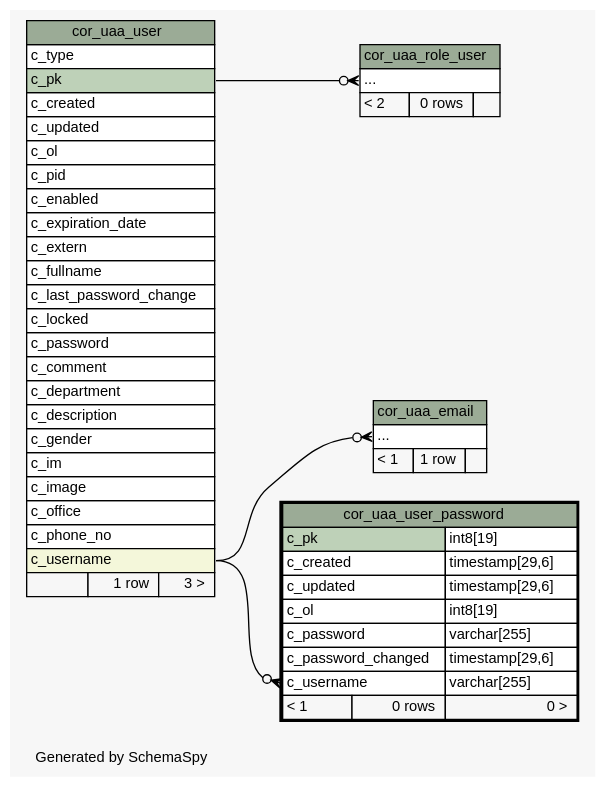
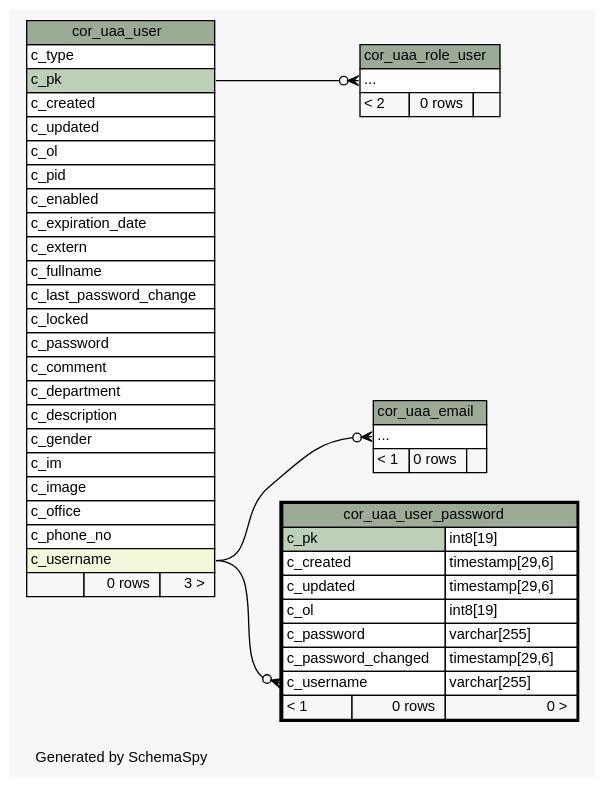
The diagram in 1.1.0-SNAPSHOT/schemaspy/diagrams/cor_uaa_user_password.2degrees.dot (openwms/org.openwms.core.uaa), drawn with Graphviz before and after one commit. The commit also changed 402 other files, not shown here.

```diff
--- a/1.1.0-SNAPSHOT/schemaspy/diagrams/cor_uaa_user_password.2degrees.dot
+++ b/1.1.0-SNAPSHOT/schemaspy/diagrams/cor_uaa_user_password.2degrees.dot
@@ -1,92 +1,92 @@
-// dot 2.38.0 on Linux 4.15.0-1077-gcp
+// dot 2.43.0 on Linux 5.4.0-1039-azure
 // SchemaSpy rev Unknown
 digraph "twoDegreesRelationshipsDiagram" {
   graph [
     rankdir="RL"
     bgcolor="#f7f7f7"
     label="\nGenerated by SchemaSpy"
     labeljust="l"
     nodesep="0.18"
     ranksep="0.46"
     fontname="Helvetica"
     fontsize="11"
   ];
   node [
     fontname="Helvetica"
     fontsize="11"
     shape="plaintext"
   ];
   edge [
     arrowsize="0.8"
   ];
   "cor_uaa_email":"elipses":w -> "cor_uaa_user":"c_username":e [arrowhead=none dir=back arrowtail=crowodot];
   "cor_uaa_role_user":"elipses":w -> "cor_uaa_user":"c_pk":e [arrowhead=none dir=back arrowtail=crowodot];
   "cor_uaa_user_password":"c_username":w -> "cor_uaa_user":"c_username":e [arrowhead=none dir=back arrowtail=crowodot];
   "cor_uaa_email" [
     label=<
     <TABLE BORDER="0" CELLBORDER="1" CELLSPACING="0" BGCOLOR="#ffffff">
       <TR><TD COLSPAN="3" BGCOLOR="#9bab96" ALIGN="CENTER">cor_uaa_email</TD></TR>
       <TR><TD PORT="elipses" COLSPAN="3" ALIGN="LEFT">...</TD></TR>
-      <TR><TD ALIGN="LEFT" BGCOLOR="#f7f7f7">&lt; 1</TD><TD ALIGN="RIGHT" BGCOLOR="#f7f7f7">1 row</TD><TD ALIGN="RIGHT" BGCOLOR="#f7f7f7">  </TD></TR>
+      <TR><TD ALIGN="LEFT" BGCOLOR="#f7f7f7">&lt; 1</TD><TD ALIGN="RIGHT" BGCOLOR="#f7f7f7">0 rows</TD><TD ALIGN="RIGHT" BGCOLOR="#f7f7f7">  </TD></TR>
     </TABLE>>
     URL="cor_uaa_email.html"
     tooltip="cor_uaa_email"
   ];
   "cor_uaa_role_user" [
     label=<
     <TABLE BORDER="0" CELLBORDER="1" CELLSPACING="0" BGCOLOR="#ffffff">
       <TR><TD COLSPAN="3" BGCOLOR="#9bab96" ALIGN="CENTER">cor_uaa_role_user</TD></TR>
       <TR><TD PORT="elipses" COLSPAN="3" ALIGN="LEFT">...</TD></TR>
       <TR><TD ALIGN="LEFT" BGCOLOR="#f7f7f7">&lt; 2</TD><TD ALIGN="RIGHT" BGCOLOR="#f7f7f7">0 rows</TD><TD ALIGN="RIGHT" BGCOLOR="#f7f7f7">  </TD></TR>
     </TABLE>>
     URL="cor_uaa_role_user.html"
     tooltip="cor_uaa_role_user"
   ];
   "cor_uaa_user" [
     label=<
     <TABLE BORDER="0" CELLBORDER="1" CELLSPACING="0" BGCOLOR="#ffffff">
       <TR><TD COLSPAN="3" BGCOLOR="#9bab96" ALIGN="CENTER">cor_uaa_user</TD></TR>
       <TR><TD PORT="c_type" COLSPAN="3" ALIGN="LEFT">c_type</TD></TR>
       <TR><TD PORT="c_pk" COLSPAN="3" BGCOLOR="#bed1b8" ALIGN="LEFT">c_pk</TD></TR>
       <TR><TD PORT="c_created" COLSPAN="3" ALIGN="LEFT">c_created</TD></TR>
       <TR><TD PORT="c_updated" COLSPAN="3" ALIGN="LEFT">c_updated</TD></TR>
       <TR><TD PORT="c_ol" COLSPAN="3" ALIGN="LEFT">c_ol</TD></TR>
       <TR><TD PORT="c_pid" COLSPAN="3" ALIGN="LEFT">c_pid</TD></TR>
       <TR><TD PORT="c_enabled" COLSPAN="3" ALIGN="LEFT">c_enabled</TD></TR>
       <TR><TD PORT="c_expiration_date" COLSPAN="3" ALIGN="LEFT">c_expiration_date</TD></TR>
       <TR><TD PORT="c_extern" COLSPAN="3" ALIGN="LEFT">c_extern</TD></TR>
       <TR><TD PORT="c_fullname" COLSPAN="3" ALIGN="LEFT">c_fullname</TD></TR>
       <TR><TD PORT="c_last_password_change" COLSPAN="3" ALIGN="LEFT">c_last_password_change</TD></TR>
       <TR><TD PORT="c_locked" COLSPAN="3" ALIGN="LEFT">c_locked</TD></TR>
       <TR><TD PORT="c_password" COLSPAN="3" ALIGN="LEFT">c_password</TD></TR>
       <TR><TD PORT="c_comment" COLSPAN="3" ALIGN="LEFT">c_comment</TD></TR>
       <TR><TD PORT="c_department" COLSPAN="3" ALIGN="LEFT">c_department</TD></TR>
       <TR><TD PORT="c_description" COLSPAN="3" ALIGN="LEFT">c_description</TD></TR>
       <TR><TD PORT="c_gender" COLSPAN="3" ALIGN="LEFT">c_gender</TD></TR>
       <TR><TD PORT="c_im" COLSPAN="3" ALIGN="LEFT">c_im</TD></TR>
       <TR><TD PORT="c_image" COLSPAN="3" ALIGN="LEFT">c_image</TD></TR>
       <TR><TD PORT="c_office" COLSPAN="3" ALIGN="LEFT">c_office</TD></TR>
       <TR><TD PORT="c_phone_no" COLSPAN="3" ALIGN="LEFT">c_phone_no</TD></TR>
       <TR><TD PORT="c_username" COLSPAN="3" BGCOLOR="#f4f7da" ALIGN="LEFT">c_username</TD></TR>
-      <TR><TD ALIGN="LEFT" BGCOLOR="#f7f7f7">  </TD><TD ALIGN="RIGHT" BGCOLOR="#f7f7f7">1 row</TD><TD ALIGN="RIGHT" BGCOLOR="#f7f7f7">3 &gt;</TD></TR>
+      <TR><TD ALIGN="LEFT" BGCOLOR="#f7f7f7">  </TD><TD ALIGN="RIGHT" BGCOLOR="#f7f7f7">0 rows</TD><TD ALIGN="RIGHT" BGCOLOR="#f7f7f7">3 &gt;</TD></TR>
     </TABLE>>
     URL="cor_uaa_user.html"
     tooltip="cor_uaa_user"
   ];
   "cor_uaa_user_password" [
     label=<
     <TABLE BORDER="2" CELLBORDER="1" CELLSPACING="0" BGCOLOR="#ffffff">
       <TR><TD COLSPAN="3" BGCOLOR="#9bab96" ALIGN="CENTER">cor_uaa_user_password</TD></TR>
       <TR><TD PORT="c_pk" COLSPAN="2" BGCOLOR="#bed1b8" ALIGN="LEFT">c_pk</TD><TD PORT="c_pk.type" ALIGN="LEFT">int8[19]</TD></TR>
       <TR><TD PORT="c_created" COLSPAN="2" ALIGN="LEFT">c_created</TD><TD PORT="c_created.type" ALIGN="LEFT">timestamp[29,6]</TD></TR>
       <TR><TD PORT="c_updated" COLSPAN="2" ALIGN="LEFT">c_updated</TD><TD PORT="c_updated.type" ALIGN="LEFT">timestamp[29,6]</TD></TR>
       <TR><TD PORT="c_ol" COLSPAN="2" ALIGN="LEFT">c_ol</TD><TD PORT="c_ol.type" ALIGN="LEFT">int8[19]</TD></TR>
       <TR><TD PORT="c_password" COLSPAN="2" ALIGN="LEFT">c_password</TD><TD PORT="c_password.type" ALIGN="LEFT">varchar[255]</TD></TR>
       <TR><TD PORT="c_password_changed" COLSPAN="2" ALIGN="LEFT">c_password_changed</TD><TD PORT="c_password_changed.type" ALIGN="LEFT">timestamp[29,6]</TD></TR>
       <TR><TD PORT="c_username" COLSPAN="2" ALIGN="LEFT">c_username</TD><TD PORT="c_username.type" ALIGN="LEFT">varchar[255]</TD></TR>
       <TR><TD ALIGN="LEFT" BGCOLOR="#f7f7f7">&lt; 1</TD><TD ALIGN="RIGHT" BGCOLOR="#f7f7f7">0 rows</TD><TD ALIGN="RIGHT" BGCOLOR="#f7f7f7">0 &gt;</TD></TR>
     </TABLE>>
     URL="cor_uaa_user_password.html"
     tooltip="cor_uaa_user_password"
   ];
 }
```
